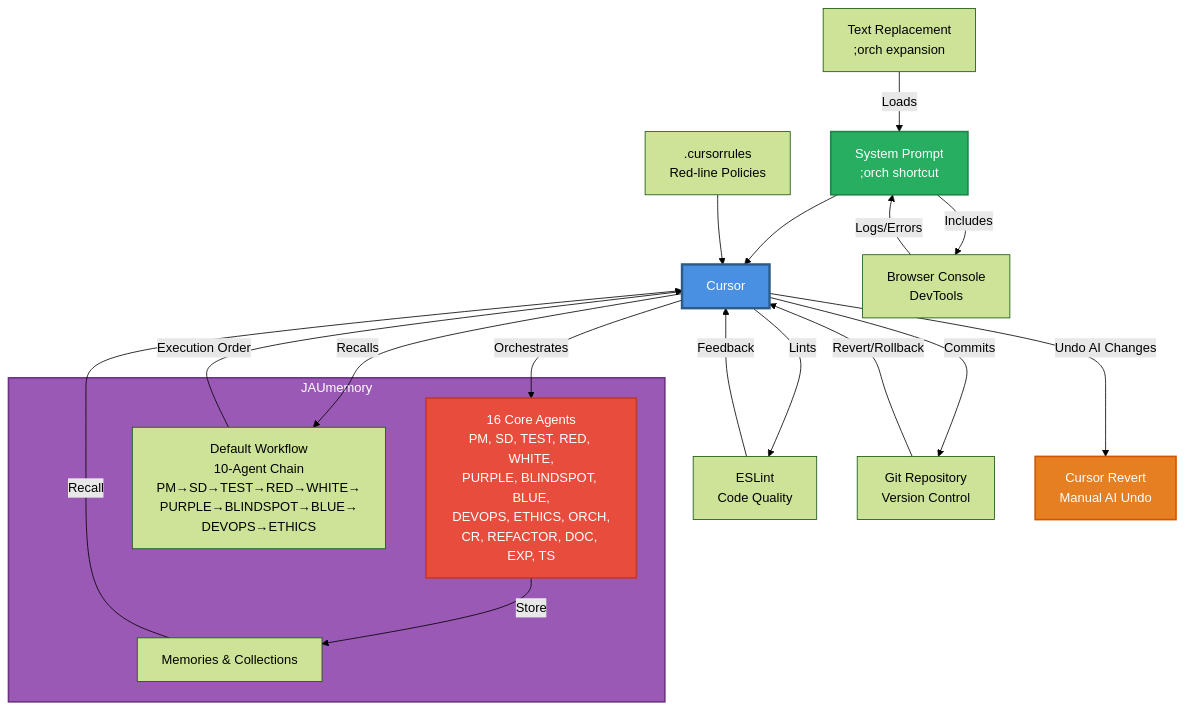
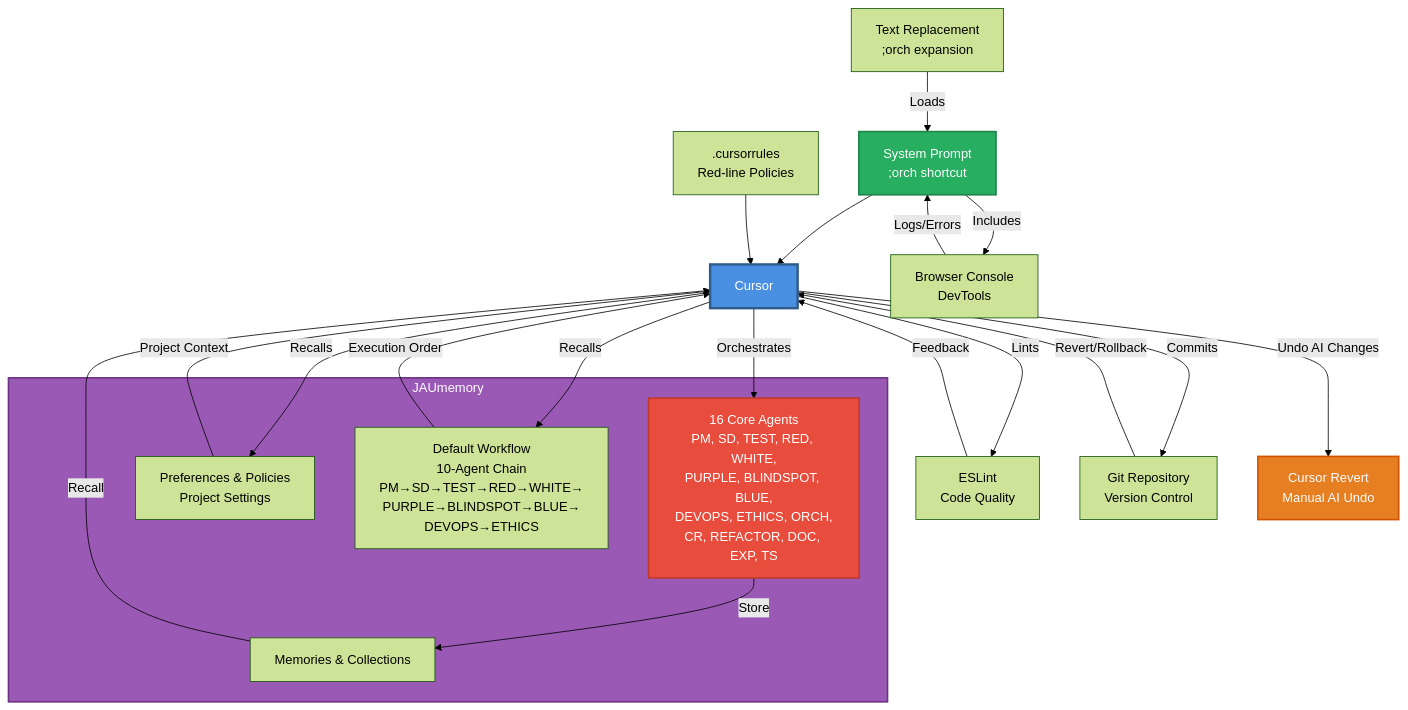
Before and after one commit to shiftshapr/context-coding: the diagram in SYSTEM_DIAGRAM_PROMPT.md, drawn with Mermaid (forest theme). The commit also changed other lines of this file, not shown here.

Commit message:
docs: add Preferences & Policies to JAUmemory in system diagram

````diff
--- a/SYSTEM_DIAGRAM_PROMPT.md
+++ b/SYSTEM_DIAGRAM_PROMPT.md
@@ -3,36 +3,39 @@
 ```mermaid
 graph TB
     SP[System Prompt<br/>;orch shortcut] --> Cursor
     CR[.cursorrules<br/>Red-line Policies] --> Cursor
     
     subgraph JM[JAUmemory]
         Agents[16 Core Agents<br/>PM, SD, TEST, RED, WHITE,<br/>PURPLE, BLINDSPOT, BLUE,<br/>DEVOPS, ETHICS, ORCH,<br/>CR, REFACTOR, DOC, EXP, TS]
         Memories[Memories & Collections]
+        Prefs[Preferences & Policies<br/>Project Settings]
         WF[Default Workflow<br/>10-Agent Chain<br/>PM→SD→TEST→RED→WHITE→<br/>PURPLE→BLINDSPOT→BLUE→<br/>DEVOPS→ETHICS]
     end
     
     Cursor -->|Orchestrates| Agents
     Cursor -->|Recalls| WF
+    Cursor -->|Recalls| Prefs
     Agents -->|Store| Memories
     Memories -->|Recall| Cursor
+    Prefs -->|Project Context| Cursor
     WF -->|Execution Order| Cursor
     
     BC[Browser Console<br/>DevTools] -->|Logs/Errors| SP
     SP -->|Includes| BC
     
     Cursor -->|Lints| ESLint[ESLint<br/>Code Quality]
     ESLint -->|Feedback| Cursor
     
     Cursor -->|Commits| Git[Git Repository<br/>Version Control]
     Git -->|Revert/Rollback| Cursor
     
     Cursor -->|Undo AI Changes| Revert[Cursor Revert<br/>Manual AI Undo]
     
     TR[Text Replacement<br/>;orch expansion] -->|Loads| SP
     
     style Cursor fill:#4A90E2,stroke:#2E5C8A,stroke-width:3px,color:#fff
     style JM fill:#9B59B6,stroke:#6C3483,stroke-width:2px,color:#fff
     style Agents fill:#E74C3C,stroke:#C0392B,stroke-width:2px,color:#fff
     style SP fill:#27AE60,stroke:#1E8449,stroke-width:2px,color:#fff
     style Revert fill:#E67E22,stroke:#D35400,stroke-width:2px,color:#fff
 ```
````
